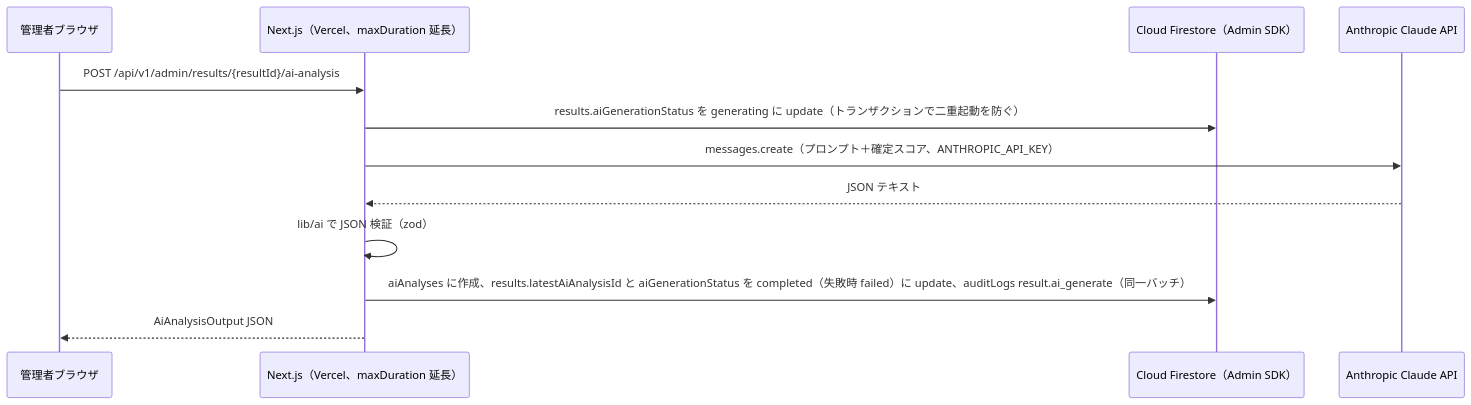
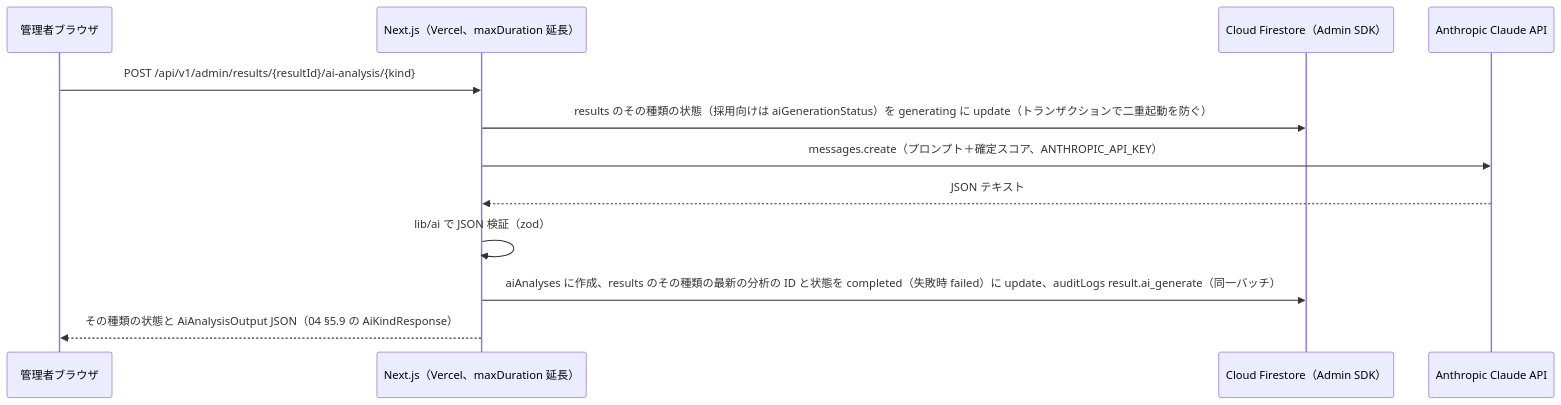
One commit to tanukichiyamaguchi/Tekisei-Kensa changed the fifth of 7 diagrams in docs/基本設計/01_システム構成.md. Above: the diagram before and after it, drawn with Mermaid. The commit also changed other lines of this file and 95 other files, not shown here.

````diff
--- a/docs/基本設計/01_システム構成.md
+++ b/docs/基本設計/01_システム構成.md
@@ -190,14 +190,14 @@
 ```mermaid
 sequenceDiagram
     participant A as 管理者ブラウザ
     participant N as Next.js（Vercel、maxDuration 延長）
     participant FS as Cloud Firestore（Admin SDK）
     participant C as Anthropic Claude API
-    A->>N: POST /api/v1/admin/results/{resultId}/ai-analysis
-    N->>FS: results.aiGenerationStatus を generating に update（トランザクションで二重起動を防ぐ）
+    A->>N: POST /api/v1/admin/results/{resultId}/ai-analysis/{kind}
+    N->>FS: results のその種類の状態（採用向けは aiGenerationStatus）を generating に update（トランザクションで二重起動を防ぐ）
     N->>C: messages.create（プロンプト＋確定スコア、ANTHROPIC_API_KEY）
     C-->>N: JSON テキスト
     N->>N: lib/ai で JSON 検証（zod）
-    N->>FS: aiAnalyses に作成、results.latestAiAnalysisId と aiGenerationStatus を completed（失敗時 failed）に update、auditLogs result.ai_generate（同一バッチ）
-    N-->>A: AiAnalysisOutput JSON
+    N->>FS: aiAnalyses に作成、results のその種類の最新の分析の ID と状態を completed（失敗時 failed）に update、auditLogs result.ai_generate（同一バッチ）
+    N-->>A: その種類の状態と AiAnalysisOutput JSON（04 §5.9 の AiKindResponse）
 ```
````
